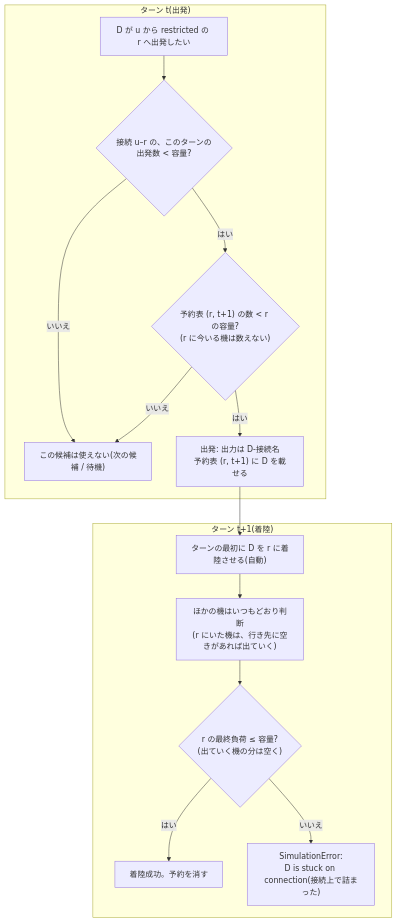
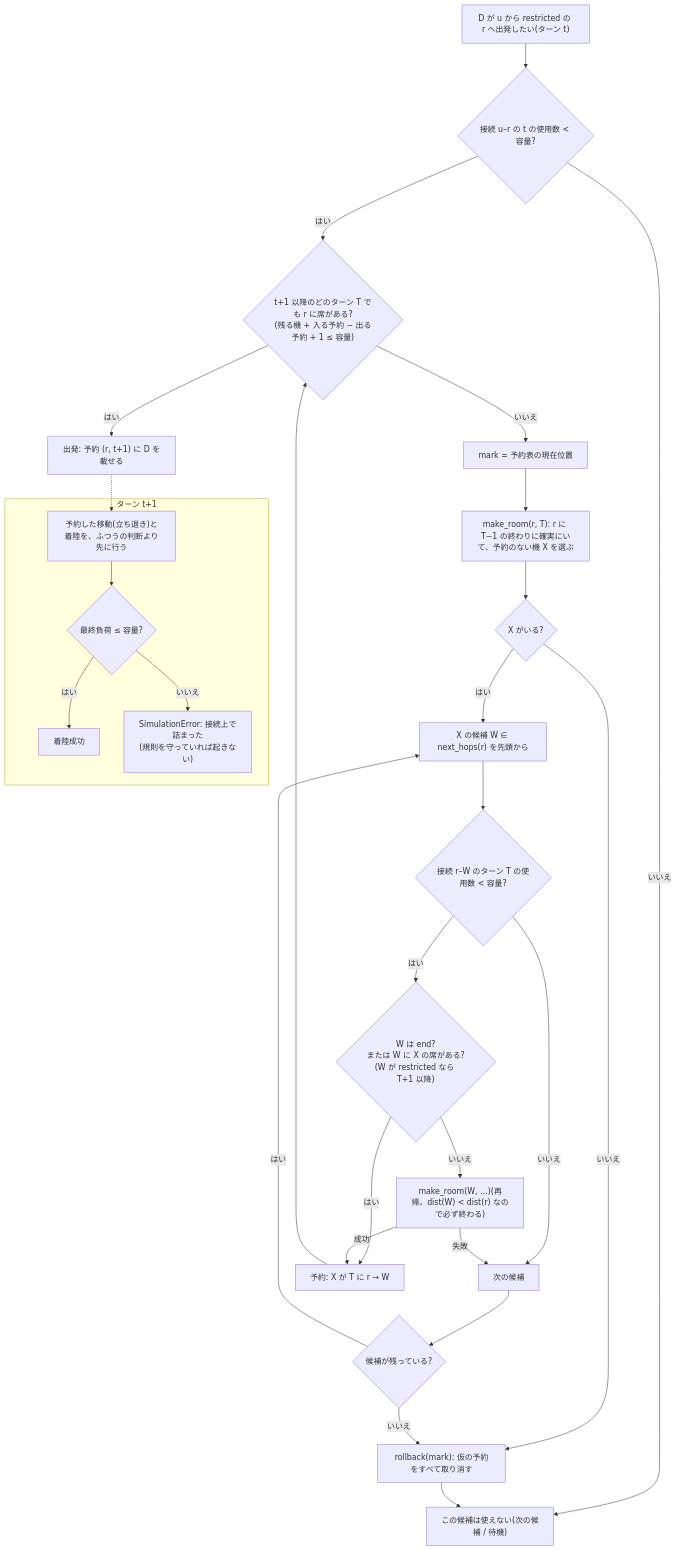
Before and after one commit to saikawakiruya-droid/fly_in: the third of 3 diagrams in docs/research/2026-10-18_design-timed-reservation.md, drawn with Mermaid. The commit also changed other lines of this file and 1 other file, not shown here.

````diff
--- a/docs/research/2026-10-18_design-timed-reservation.md
+++ b/docs/research/2026-10-18_design-timed-reservation.md
@@ -241,17 +271,28 @@
 ```mermaid
 flowchart TD
-    subgraph T["ターン t(出発)"]
-        A["D が u から restricted の r へ出発したい"] --> B{"接続 u–r の、このターンの出発数 < 容量?"}
-        B -- いいえ --> W["この候補は使えない(次の候補 / 待機)"]
-        B -- はい --> C{"予約表 (r, t+1) の数 < r の容量?<br/>(r に今いる機は数えない)"}
-        C -- いいえ --> W
-        C -- はい --> D["出発: 出力は D-接続名<br/>予約表 (r, t+1) に D を載せる"]
-    end
-    D --> L
-    subgraph T1["ターン t+1(着陸)"]
-        L["ターンの最初に D を r に着陸させる(自動)"] --> M["ほかの機はいつもどおり判断<br/>(r にいた機は、行き先に空きがあれば出ていく)"]
-        M --> N{"r の最終負荷 ≤ 容量?<br/>(出ていく機の分は空く)"}
-        N -- はい --> OK["着陸成功。予約を消す"]
-        N -- いいえ --> ERR["SimulationError:<br/>D is stuck on connection(接続上で詰まった)"]
+    A["D が u から restricted の r へ出発したい(ターン t)"] --> B{"接続 u–r の t の使用数 < 容量?"}
+    B -- いいえ --> W["この候補は使えない(次の候補 / 待機)"]
+    B -- はい --> C{"t+1 以降のどのターン T でも r に席がある?<br/>(残る機 + 入る予約 − 出る予約 + 1 ≤ 容量)"}
+    C -- はい --> GO["出発: 予約 (r, t+1) に D を載せる"]
+    C -- いいえ --> M["mark = 予約表の現在位置"]
+    M --> E["make_room(r, T): r に T−1 の終わりに確実にいて、予約のない機 X を選ぶ"]
+    E --> X{"X がいる?"}
+    X -- いいえ --> RB["rollback(mark): 仮の予約をすべて取り消す"] --> W
+    X -- はい --> H["X の候補 W ∈ next_hops(r) を先頭から"]
+    H --> L{"接続 r–W のターン T の使用数 < 容量?"}
+    L -- いいえ --> N["次の候補"]
+    L -- はい --> S{"W は end?<br/>または W に X の席がある?<br/>(W が restricted なら T+1 以降)"}
+    S -- はい --> OK["予約: X が T に r → W"] --> C
+    S -- いいえ --> REC["make_room(W, …)(再帰。dist(W) < dist(r) なので必ず終わる)"]
+    REC -- 成功 --> OK
+    REC -- 失敗 --> N
+    N --> HH{"候補が残っている?"}
+    HH -- はい --> H
+    HH -- いいえ --> RB
+    GO -.-> LAND
+    subgraph NEXT["ターン t+1"]
+        LAND["予約した移動(立ち退き)と着陸を、ふつうの判断より先に行う"] --> FIN{"最終負荷 ≤ 容量?"}
+        FIN -- はい --> FINE["着陸成功"]
+        FIN -- いいえ --> ERR["SimulationError: 接続上で詰まった<br/>(規則を守っていれば起きない)"]
     end
 ```
````
